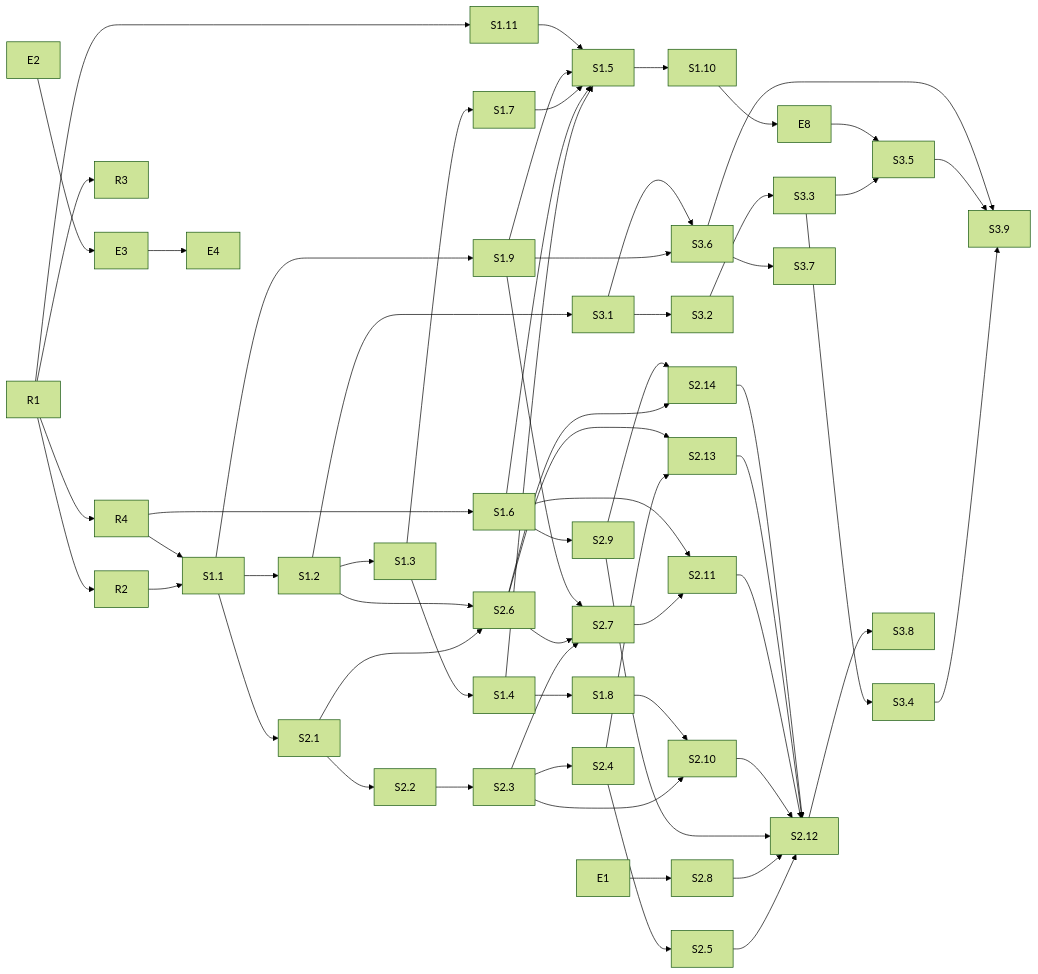
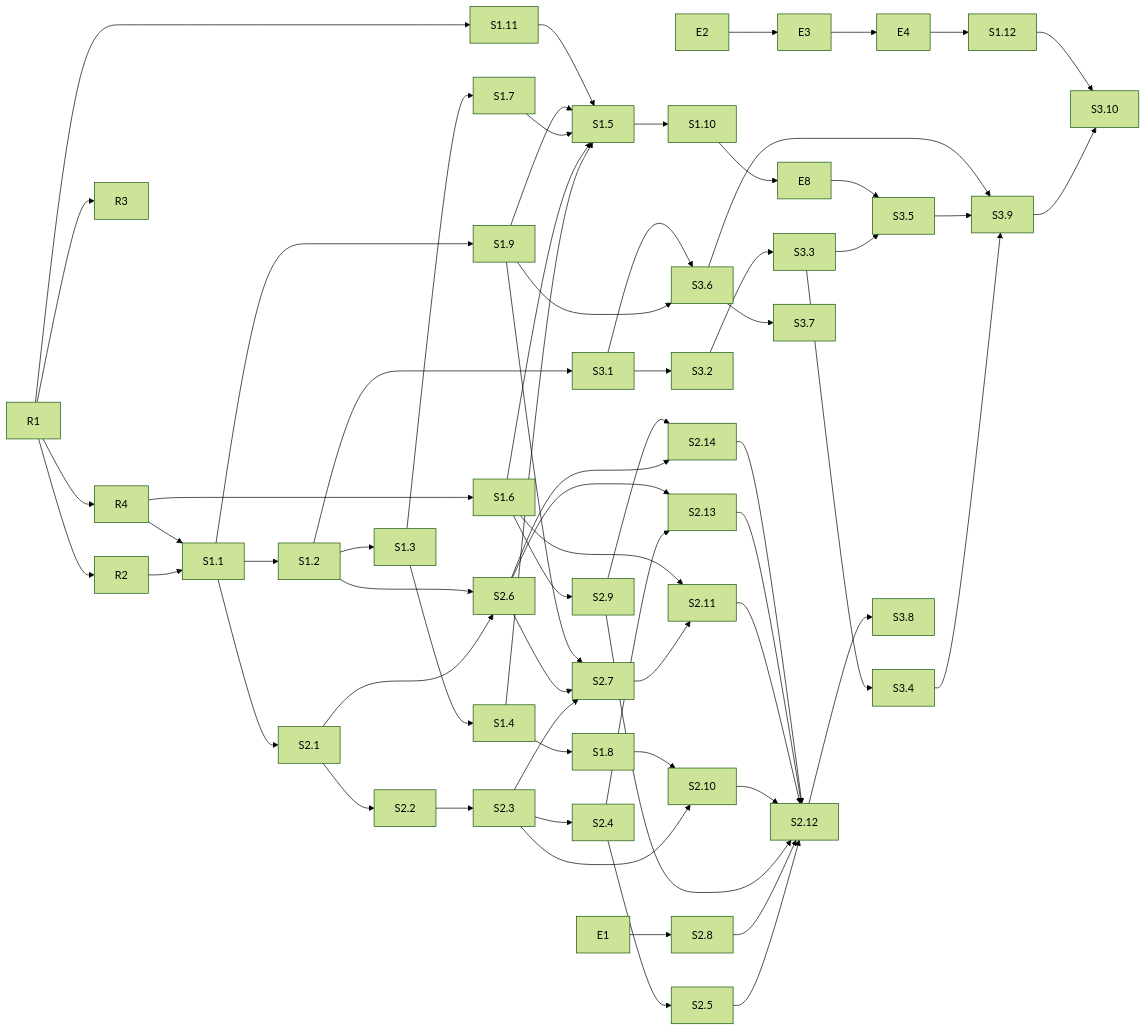
One commit to btnalit/NextTime-AI changed the diagram in docs/development-tasks.md. Above: the diagram before and after it, drawn with Mermaid (forest theme). The commit also changed other lines of this file and 2 other files, not shown here.

````diff
--- a/docs/development-tasks.md
+++ b/docs/development-tasks.md
@@ -272,27 +283,29 @@
 ```mermaid
 flowchart LR
   R1 --> R2 & R3 & R4
   R2 & R4 --> S1.1 --> S1.2 --> S1.3 --> S1.4 --> S1.8
   S1.1 --> S1.9
   S1.3 --> S1.7
   R4 --> S1.6
   R1 --> S1.11
   S1.4 & S1.6 & S1.7 & S1.9 & S1.11 --> S1.5 --> S1.10
   E2 --> E3 --> E4
   S1.10 --> E8
   S1.1 --> S2.1 --> S2.2 --> S2.3 --> S2.4 --> S2.5
   S2.1 & S1.2 --> S2.6
   S2.3 & S2.6 & S1.9 --> S2.7
   E1 --> S2.8
   S1.6 --> S2.9
   S2.3 & S1.8 --> S2.10
   S2.7 & S1.6 --> S2.11
   S2.4 & S2.6 --> S2.13
   S2.6 & S2.9 --> S2.14
   S2.5 & S2.8 & S2.9 & S2.10 & S2.11 & S2.13 & S2.14 --> S2.12
   S1.2 --> S3.1 --> S3.2 --> S3.3 --> S3.4
   S3.3 & E8 --> S3.5
   S1.9 & S3.1 --> S3.6 --> S3.7
   S2.12 --> S3.8
+  E4 --> S1.12
   S3.4 & S3.5 & S3.6 --> S3.9
+  S3.9 & S1.12 --> S3.10
 ```
````
